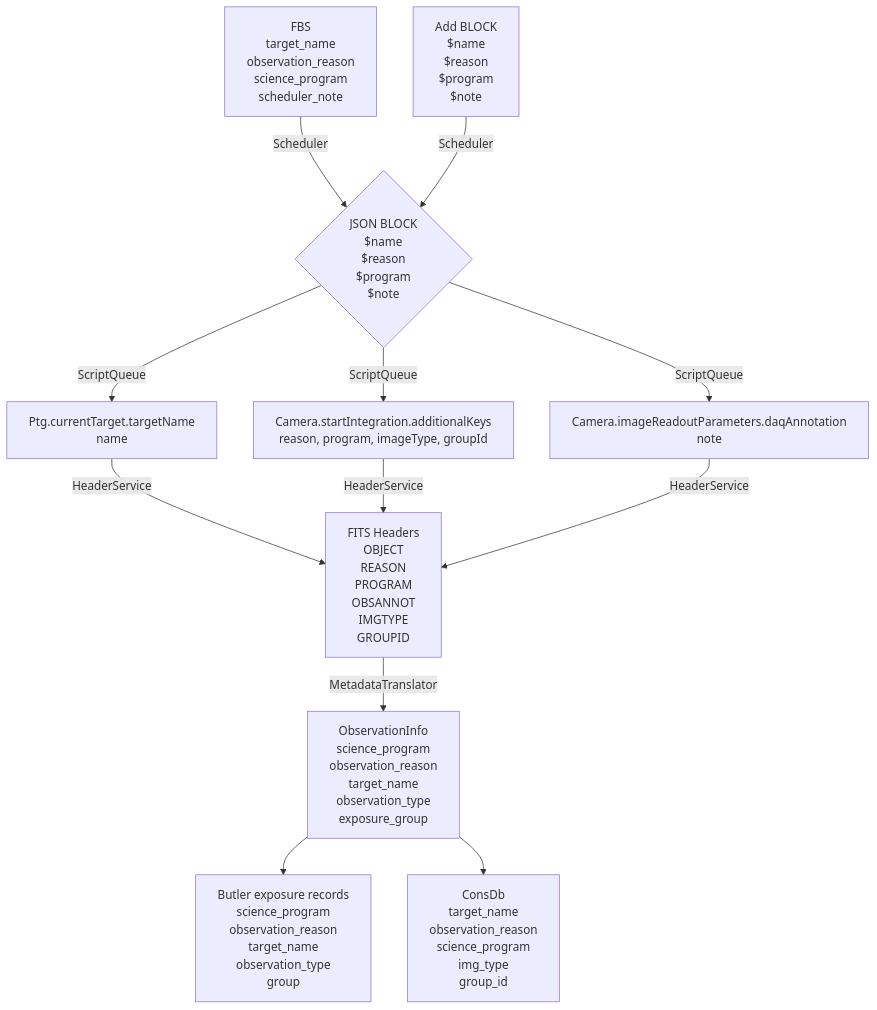
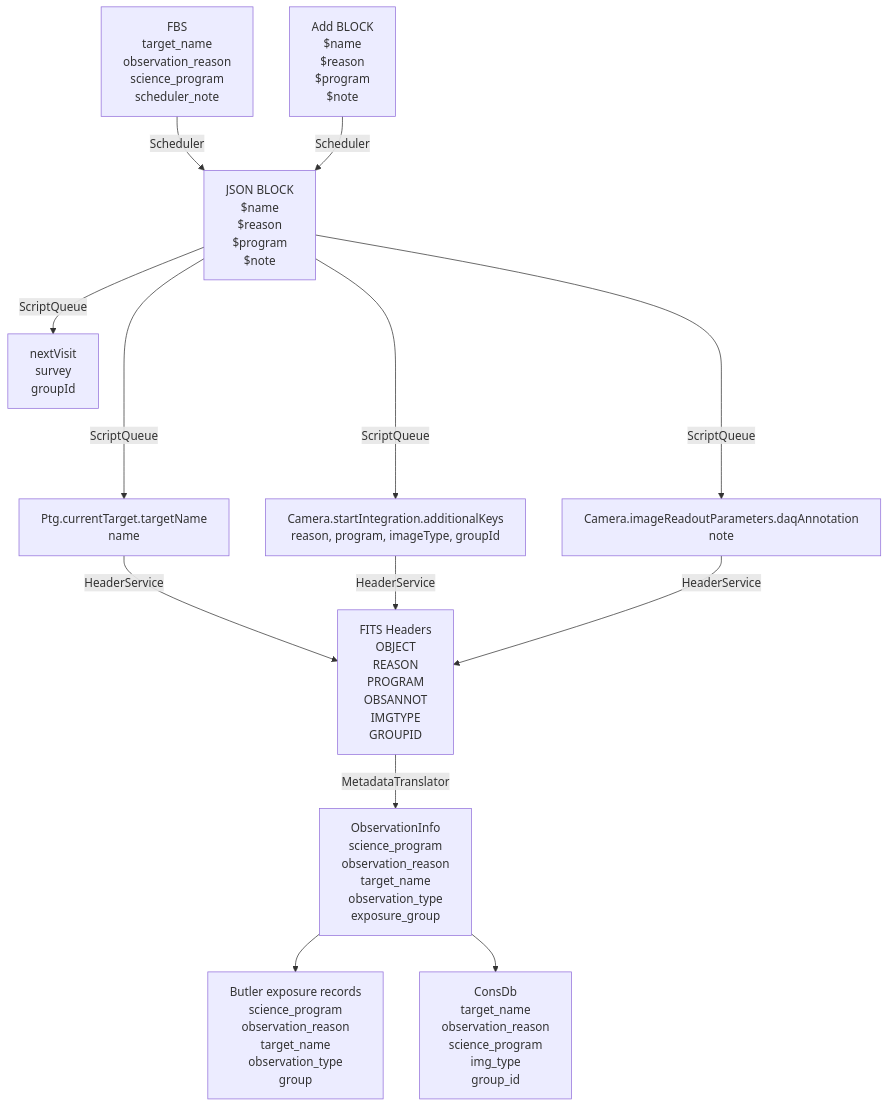
The diagram in metadata_flow.mmd (lsst/rtn-096), drawn with Mermaid before and after one commit. The commit also changed 1 other file, not shown here.

Commit message:
Add nextVisit to table and flowchart

```diff
--- a/metadata_flow.mmd
+++ b/metadata_flow.mmd
@@ -1,14 +1,15 @@
 flowchart TD
     A[FBS <br> target_name<br> observation_reason <br> science_program <br>scheduler_note]
-    -->|Scheduler|C{JSON BLOCK <br> $name <br> $reason <br> $program <br> $note}
+    -->|Scheduler|C[JSON BLOCK <br> $name <br> $reason <br> $program <br> $note]
     B[Add BLOCK <br> $name <br> $reason <br> $program <br> $note]
     -->|Scheduler|C
-    C -->|ScriptQueue|D[Ptg.currentTarget.targetName<br>name]
-    C -->|ScriptQueue|E[Camera.startIntegration.additionalKeys<br>reason, program, imageType, groupId]
-    C -->|ScriptQueue|F[Camera.imageReadoutParameters.daqAnnotation<br>note]
-    D -->|HeaderService|G[FITS Headers<br>OBJECT<br>REASON<br>PROGRAM<br>OBSANNOT<br>IMGTYPE<br>GROUPID]
-    E -->|HeaderService|G
-    F -->|HeaderService|G
-    G -->|MetadataTranslator|H[ObservationInfo<br>science_program<br>observation_reason<br>target_name<br>observation_type<br>exposure_group]
-    H -->I[Butler exposure records<br>science_program<br>observation_reason<br>target_name<br>observation_type<br>group]
-    H -->J[ConsDb<br> target_name<br> observation_reason<br>science_program<br>img_type<br>group_id]
+    C -->|ScriptQueue|D[nextVisit<br>survey<br>groupId]
+    C ---->|ScriptQueue|E[Ptg.currentTarget.targetName<br>name]
+    C ---->|ScriptQueue|F[Camera.startIntegration.additionalKeys<br>reason, program, imageType, groupId]
+    C ---->|ScriptQueue|G[Camera.imageReadoutParameters.daqAnnotation<br>note]
+    E -->|HeaderService|H[FITS Headers<br>OBJECT<br>REASON<br>PROGRAM<br>OBSANNOT<br>IMGTYPE<br>GROUPID]
+    F -->|HeaderService|H
+    G -->|HeaderService|H
+    H -->|MetadataTranslator|I[ObservationInfo<br>science_program<br>observation_reason<br>target_name<br>observation_type<br>exposure_group]
+    I -->J[Butler exposure records<br>science_program<br>observation_reason<br>target_name<br>observation_type<br>group]
+    I -->K[ConsDb<br> target_name<br> observation_reason<br>science_program<br>img_type<br>group_id]
```
